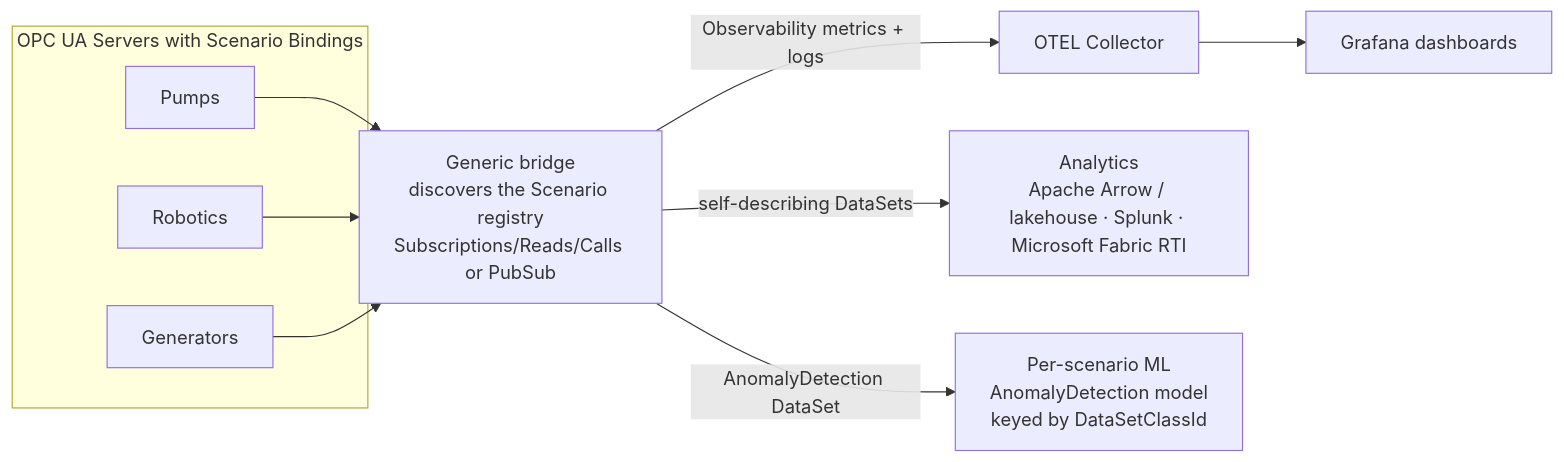
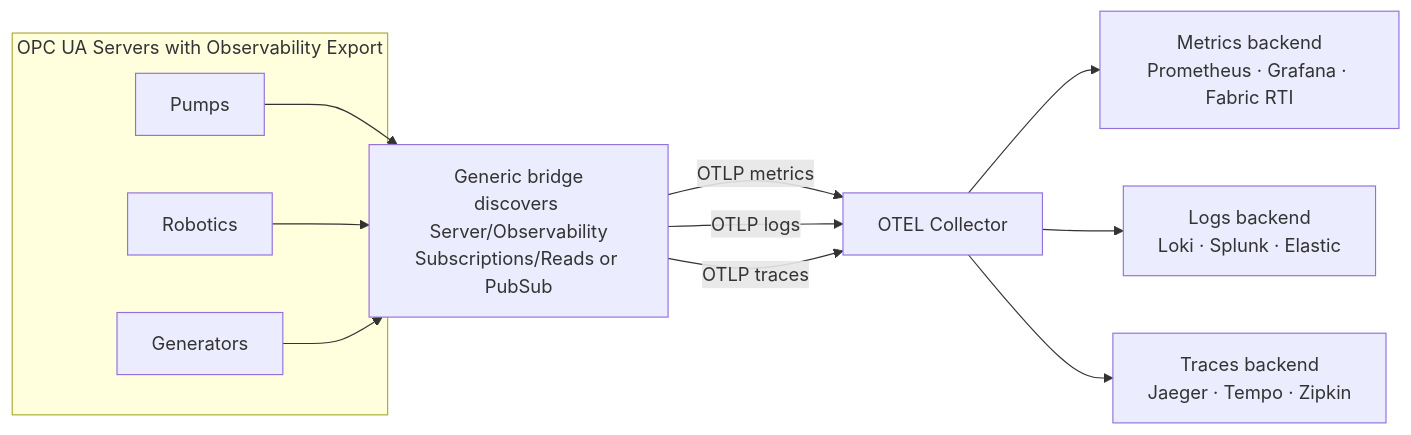
Before and after one commit to marcschier/opcua-drafts: the first of 5 diagrams in core-specs/observability-export/OPC-UA-Observability-Export.md, drawn with Mermaid. The commit also changed other lines of this file and 3 other files, not shown here.

````diff
--- a/core-specs/observability-export/OPC-UA-Observability-Export.md
+++ b/core-specs/observability-export/OPC-UA-Observability-Export.md
@@ -37,19 +40,19 @@
 ```mermaid
 flowchart LR
-  subgraph Servers[OPC UA Servers with Scenario Bindings]
+  subgraph Servers[OPC UA Servers with Observability Export]
     S1[Pumps]
     S2[Robotics]
     S3[Generators]
   end
-  B["Generic bridge<br/>discovers the Scenario registry<br/>Subscriptions/Reads/Calls or PubSub"]
+  B["Generic bridge<br/>discovers Server/Observability<br/>Subscriptions/Reads or PubSub"]
   OT[OTEL Collector]
-  G[Grafana dashboards]
-  AN["Analytics<br/>Apache Arrow / lakehouse · Splunk · Microsoft Fabric RTI"]
-  ML["Per-scenario ML<br/>AnomalyDetection model<br/>keyed by DataSetClassId"]
+  M["Metrics backend<br/>Prometheus · Grafana · Fabric RTI"]
+  L["Logs backend<br/>Loki · Splunk · Elastic"]
+  TR["Traces backend<br/>Jaeger · Tempo · Zipkin"]
   S1 --> B
   S2 --> B
   S3 --> B
-  B -->|Observability metrics + logs| OT --> G
-  B -->|self-describing DataSets| AN
-  B -->|AnomalyDetection DataSet| ML
+  B -->|OTLP metrics| OT --> M
+  B -->|OTLP logs| OT --> L
+  B -->|OTLP traces| OT --> TR
 ```
````
